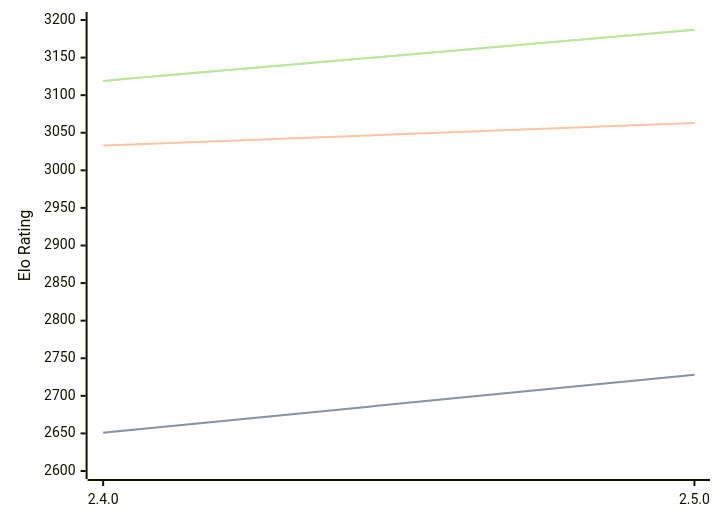
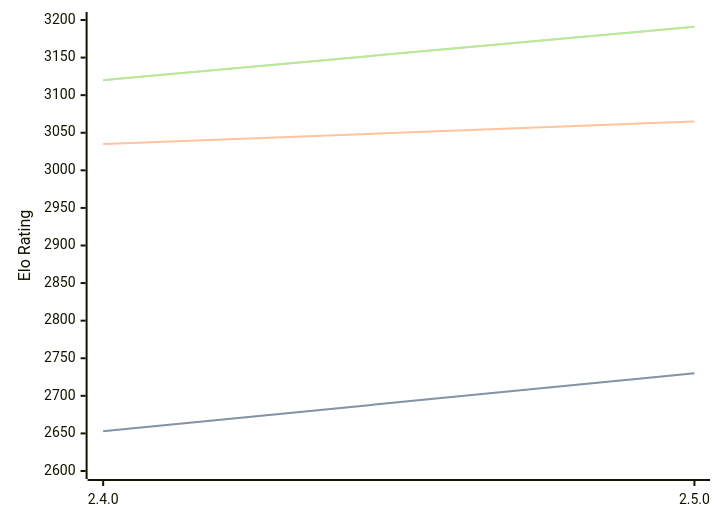
Before and after one commit to computer-chess-index/cci: the diagram in engines/Sturddle2.md, drawn with Mermaid. The commit also changed other lines of this file, not shown here.

Commit message:
Update CCI Ratings (ELO VLTC) - 2026-03-29

````diff
--- a/engines/Sturddle2.md
+++ b/engines/Sturddle2.md
@@ -37,11 +37,11 @@
 ```mermaid
 %%{init: {"theme":"base","themeVariables":{"seriesColors:['#a3a3a3','#222221','#faa371']}}}%%
 xychart-beta
   x-axis ["2.4.0", "2.5.0"]
   y-axis "Elo Rating" 2600 --> 3200
-  line "STC (8.0+0.08s)" [2651, 2728]
-  line "STC (8.0+0.08s)" [2651, 2728]
-  line "LTC (60.0+0.60s)" [3033, 3063]
-  line "VLTC (2m24s+1.12s)" [3119, 3187]
-  line "VLTC (2m24s+1.12s)" [3119, 3187]
+  line "STC (8.0+0.08s)" [2653, 2730]
+  line "STC (8.0+0.08s)" [2653, 2730]
+  line "LTC (60.0+0.60s)" [3035, 3065]
+  line "VLTC (2m24s+1.12s)" [3120, 3191]
+  line "VLTC (2m24s+1.12s)" [3120, 3191]
 ```
````
